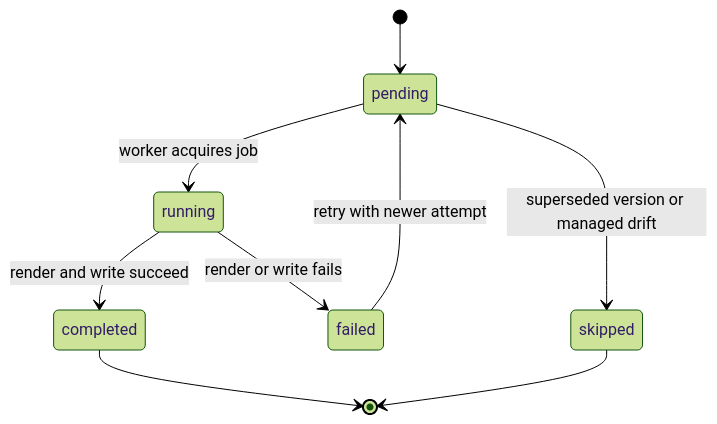
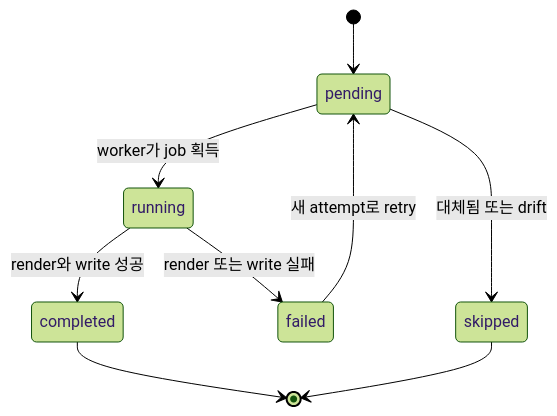
One commit to minjungw00/Harness_Project changed the seventh of 9 diagrams in docs/ko/reference/storage-and-ddl.md. Above: the diagram before and after it, drawn with Mermaid (forest theme). The commit also changed other lines of this file and 20 other files, not shown here.

Commit message:
docs: refresh diagrams for staged authority model

````diff
--- a/docs/ko/reference/storage-and-ddl.md
+++ b/docs/ko/reference/storage-and-ddl.md
@@ -1455,11 +1455,11 @@
 ```mermaid
 stateDiagram-v2
   [*] --> pending
-  pending --> running: worker acquires job
-  running --> completed: render and write succeed
-  running --> failed: render or write fails
-  failed --> pending: retry with newer attempt
-  pending --> skipped: superseded version or managed drift
+  pending --> running: worker가 job 획득
+  running --> completed: render와 write 성공
+  running --> failed: render 또는 write 실패
+  failed --> pending: 새 attempt로 retry
+  pending --> skipped: 대체됨 또는 drift
   completed --> [*]
   skipped --> [*]
 ```
````
